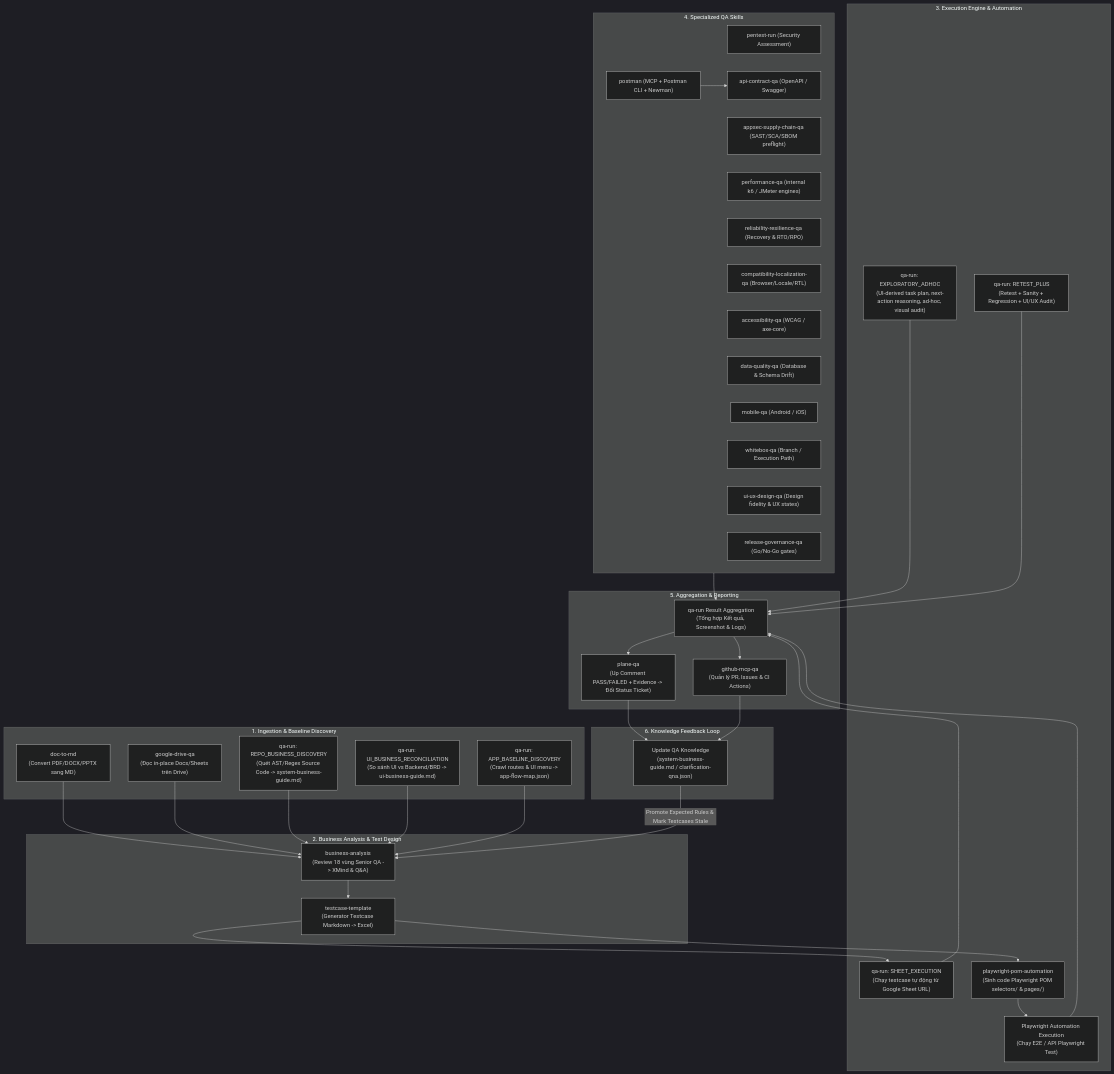
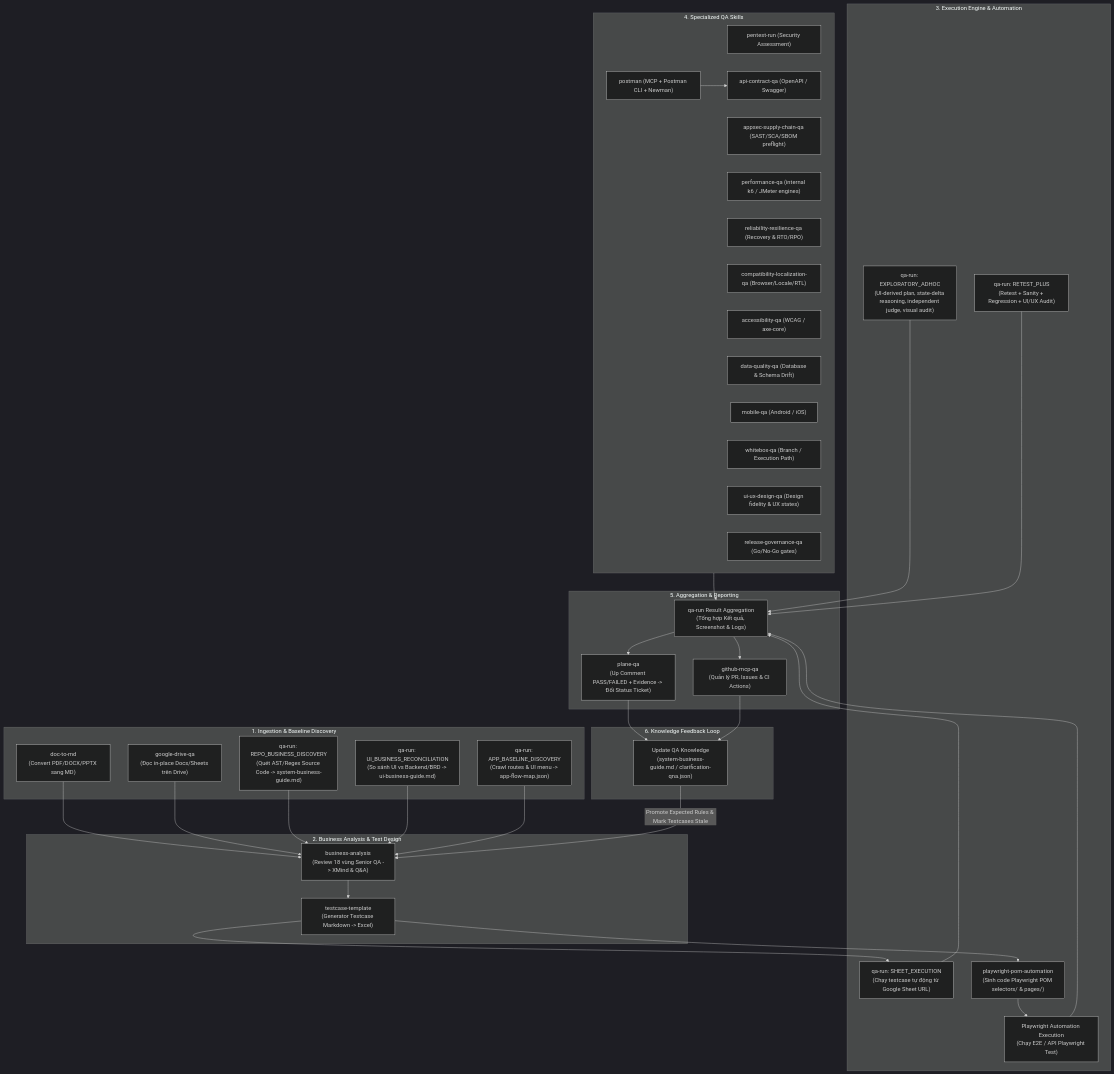
The first of 3 diagrams in SKILL_FLOW_MAPPING.md (tqphong02/QA-skill), drawn with Mermaid (dark theme) before and after one commit. The commit also changed other lines of this file and 21 other files, not shown here.

````diff
--- a/SKILL_FLOW_MAPPING.md
+++ b/SKILL_FLOW_MAPPING.md
@@ -18,71 +18,71 @@
 ```mermaid
 flowchart TD
     %% 1. Ingestion & Discovery
     subgraph S1["1. Ingestion & Baseline Discovery"]
         DOC["doc-to-md\n(Convert PDF/DOCX/PPTX sang MD)"]
         DRIVE["google-drive-qa\n(Đọc in-place Docs/Sheets trên Drive)"]
         RBD["qa-run: REPO_BUSINESS_DISCOVERY\n(Quét AST/Regex Source Code -> system-business-guide.md)"]
         UBR["qa-run: UI_BUSINESS_RECONCILIATION\n(So sánh UI vs Backend/BRD -> ui-business-guide.md)"]
         ABD["qa-run: APP_BASELINE_DISCOVERY\n(Crawl routes & UI menu -> app-flow-map.json)"]
     end
 
     %% 2. Business Analysis & Test Design
     subgraph S2["2. Business Analysis & Test Design"]
         BA["business-analysis\n(Review 18 vùng Senior QA -> XMind & Q&A)"]
         TCT["testcase-template\n(Generator Testcase Markdown -> Excel)"]
     end
 
     %% 3. Execution & Automation Engine
     subgraph S3["3. Execution Engine & Automation"]
         EX_SHEET["qa-run: SHEET_EXECUTION\n(Chạy testcase tự động từ Google Sheet URL)"]
-        EX_EXPLORATORY["qa-run: EXPLORATORY_ADHOC\n(UI-derived task plan, next-action reasoning, ad-hoc, visual audit)"]
+        EX_EXPLORATORY["qa-run: EXPLORATORY_ADHOC\n(UI-derived plan, state-delta reasoning, independent judge, visual audit)"]
         EX_RETEST["qa-run: RETEST_PLUS\n(Retest + Sanity + Regression + UI/UX Audit)"]
         POM_GEN["playwright-pom-automation\n(Sinh code Playwright POM selectors/ & pages/)"]
         POM_EXEC["Playwright Automation Execution\n(Chạy E2E / API Playwright Test)"]
     end
 
     %% 4. Specialized Testing
     subgraph S4["4. Specialized QA Skills"]
         SEC["pentest-run (Security Assessment)"]
         APPSEC["appsec-supply-chain-qa (SAST/SCA/SBOM preflight)"]
         PERF["performance-qa (internal k6 / JMeter engines)"]
         RES["reliability-resilience-qa (Recovery & RTO/RPO)"]
         COMPAT["compatibility-localization-qa (Browser/Locale/RTL)"]
         POSTMAN["postman (MCP + Postman CLI + Newman)"]
         API["api-contract-qa (OpenAPI / Swagger)"]
         ACC["accessibility-qa (WCAG / axe-core)"]
         DBQ["data-quality-qa (Database & Schema Drift)"]
         MOB["mobile-qa (Android / iOS)"]
         WB["whitebox-qa (Branch / Execution Path)"]
         UIUX["ui-ux-design-qa (Design fidelity & UX states)"]
         RELEASE["release-governance-qa (Go/No-Go gates)"]
     end
 
     %% 5. Reporting & Exporters
     subgraph S5["5. Aggregation & Reporting"]
         AGG["qa-run Result Aggregation\n(Tổng hợp Kết quả, Screenshot & Logs)"]
         PLANE["plane-qa\n(Up Comment PASS/FAILED + Evidence -> Đổi Status Ticket)"]
         GH["github-mcp-qa\n(Quản lý PR, Issues & CI Actions)"]
     end
 
     %% 6. Feedback Loop
     subgraph S6["6. Knowledge Feedback Loop"]
         FB["Update QA Knowledge\n(system-business-guide.md / clarification-qna.json)"]
     end
 
     %% Data Connections
     DOC & DRIVE & RBD & UBR & ABD --> BA
     BA --> TCT
     TCT --> EX_SHEET
     TCT --> POM_GEN
     POM_GEN --> POM_EXEC
     POSTMAN --> API
     
     EX_SHEET & EX_EXPLORATORY & EX_RETEST & POM_EXEC & S4 --> AGG
     
     AGG --> PLANE
     AGG --> GH
     
     PLANE & GH --> FB
     FB -->|Promote Expected Rules & Mark Testcases Stale| BA
 ```
````
